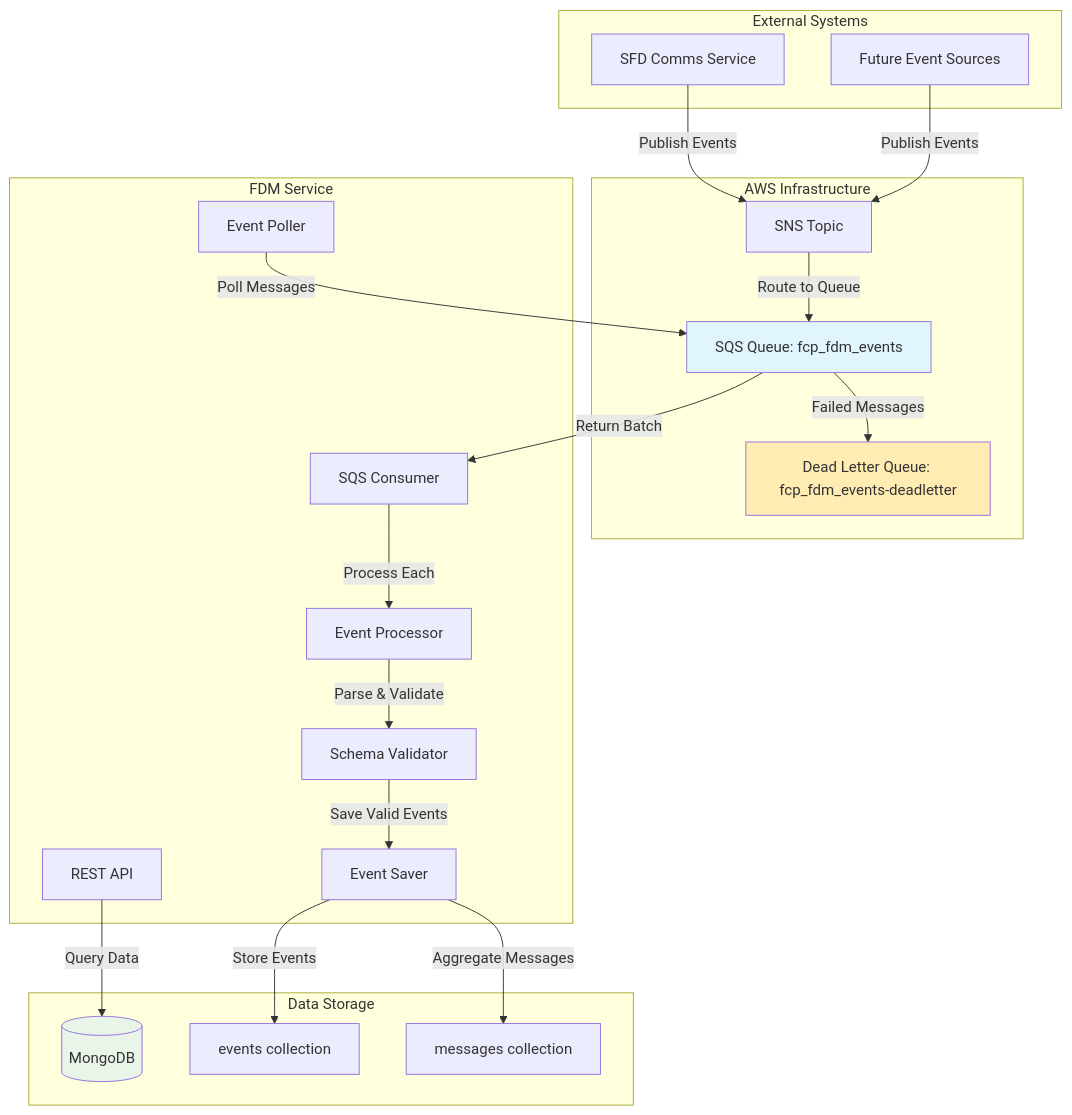
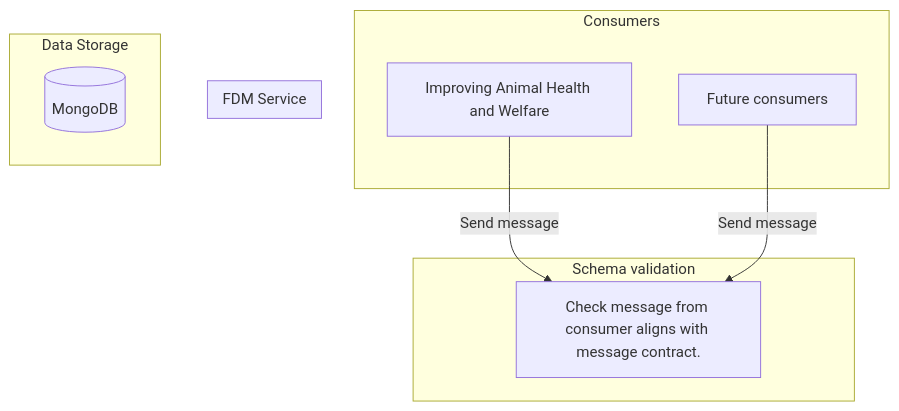
The diagram in README.md (DEFRA/fcp-sfd-comms), drawn with Mermaid before and after one commit.

Commit message:
configure initial mermaid diagram

````diff
--- a/README.md
+++ b/README.md
@@ -13,47 +13,22 @@
 ```mermaid
 graph TB
-    subgraph "External Systems"
-        SFD[SFD Comms Service]
-        FUTURE[Future Event Sources]
+    subgraph "Consumers"
+        IAHW[Improving Animal Health and Welfare]
+        FUTURE[Future consumers]
     end
     
-    subgraph "AWS Infrastructure"
-        SNS[SNS Topic]
-        SQS[SQS Queue: fcp_fdm_events]
-        DLQ[Dead Letter Queue: fcp_fdm_events-deadletter]
+    subgraph "Schema validation"
+        VALIDATION[Check message from consumer aligns with message contract.]
     end
     
     subgraph "FDM Service"
-        POLLER[Event Poller]
-        CONSUMER[SQS Consumer]
-        PROCESSOR[Event Processor]
-        VALIDATOR[Schema Validator]
-        SAVER[Event Saver]
-        API[REST API]
     end
     
     subgraph "Data Storage"
         MONGO[(MongoDB)]
-        EVENTS[events collection]
-        MESSAGES[messages collection]
     end
     
-    SFD -->|Publish Events| SNS
-    FUTURE -->|Publish Events| SNS
-    SNS -->|Route to Queue| SQS
-    SQS -->|Failed Messages| DLQ
+    IAHW -->|Send message| VALIDATION
+    FUTURE -->|Send message| VALIDATION
     
-    POLLER -->|Poll Messages| SQS
-    SQS -->|Return Batch| CONSUMER
-    CONSUMER -->|Process Each| PROCESSOR
-    PROCESSOR -->|Parse & Validate| VALIDATOR
-    VALIDATOR -->|Save Valid Events| SAVER
-    SAVER -->|Store Events| EVENTS
-    SAVER -->|Aggregate Messages| MESSAGES
-    
-    API -->|Query Data| MONGO
-    
-    style SQS fill:#e1f5fe
-    style DLQ fill:#ffecb3
-    style MONGO fill:#e8f5e8
 ```
````
